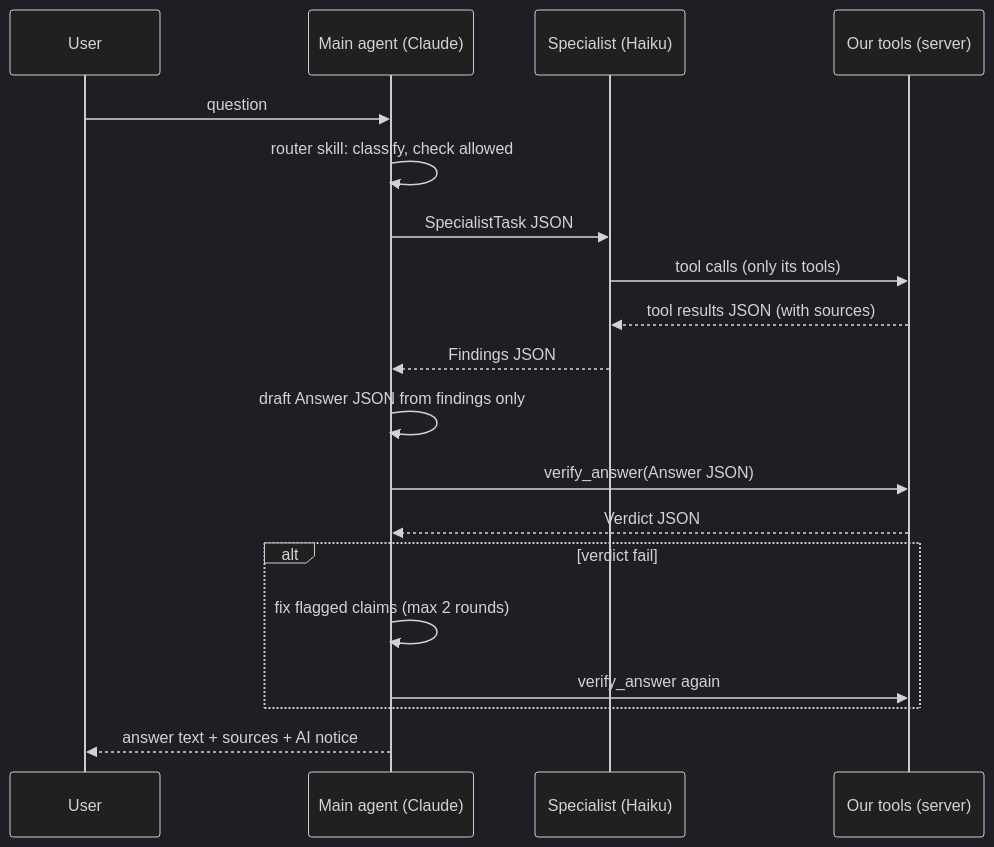
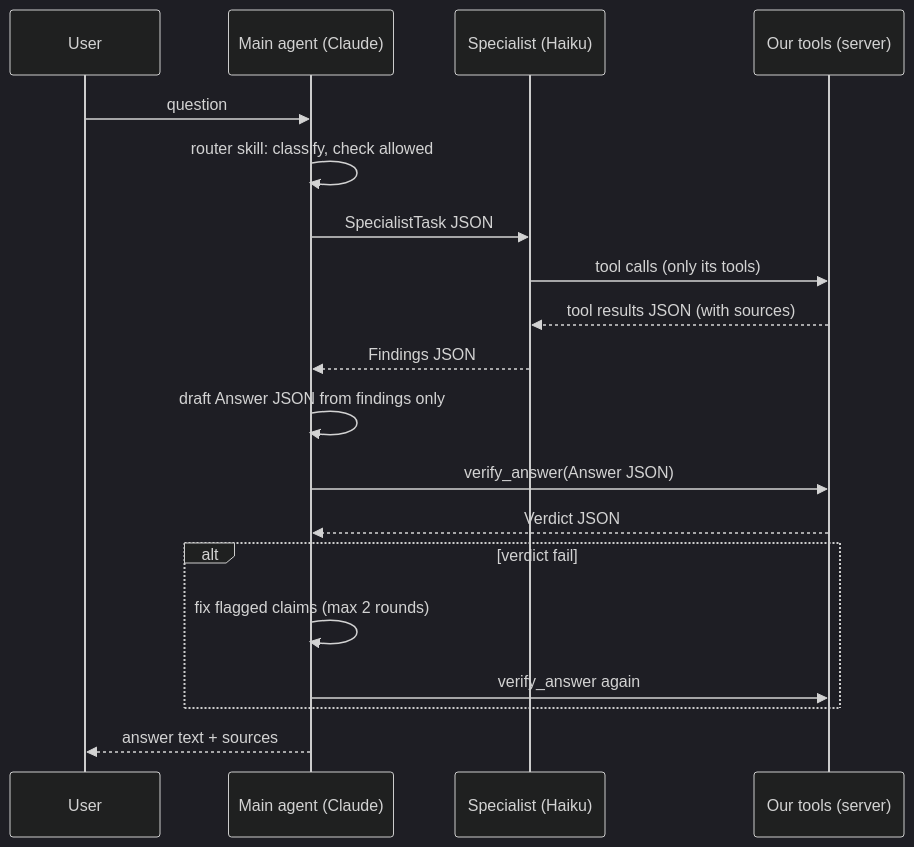
One commit to florinmarcus/builders_lab changed the second of 2 diagrams in architecture/design/agent-contracts.md. Above: the diagram before and after it, drawn with Mermaid (dark theme). The commit also changed other lines of this file and 24 other files, not shown here.

First line of the commit message:
Remove the AI notice from answers (Florin's request): tool results, verify_answer (contract v4), server instructions v4, plugin rules, workflow, translator, app instructions; parked for EU use

````diff
--- a/architecture/design/agent-contracts.md
+++ b/architecture/design/agent-contracts.md
@@ -23,22 +23,22 @@
 ```mermaid
 sequenceDiagram
     participant U as User
     participant M as Main agent (Claude)
     participant S as Specialist (Haiku)
     participant T as Our tools (server)
 
     U->>M: question
     M->>M: router skill: classify, check allowed
     M->>S: SpecialistTask JSON
     S->>T: tool calls (only its tools)
     T-->>S: tool results JSON (with sources)
     S-->>M: Findings JSON
     M->>M: draft Answer JSON from findings only
     M->>T: verify_answer(Answer JSON)
     T-->>M: Verdict JSON
     alt verdict fail
         M->>M: fix flagged claims (max 2 rounds)
         M->>T: verify_answer again
     end
-    M-->>U: answer text + sources + AI notice
+    M-->>U: answer text + sources
 ```
````
